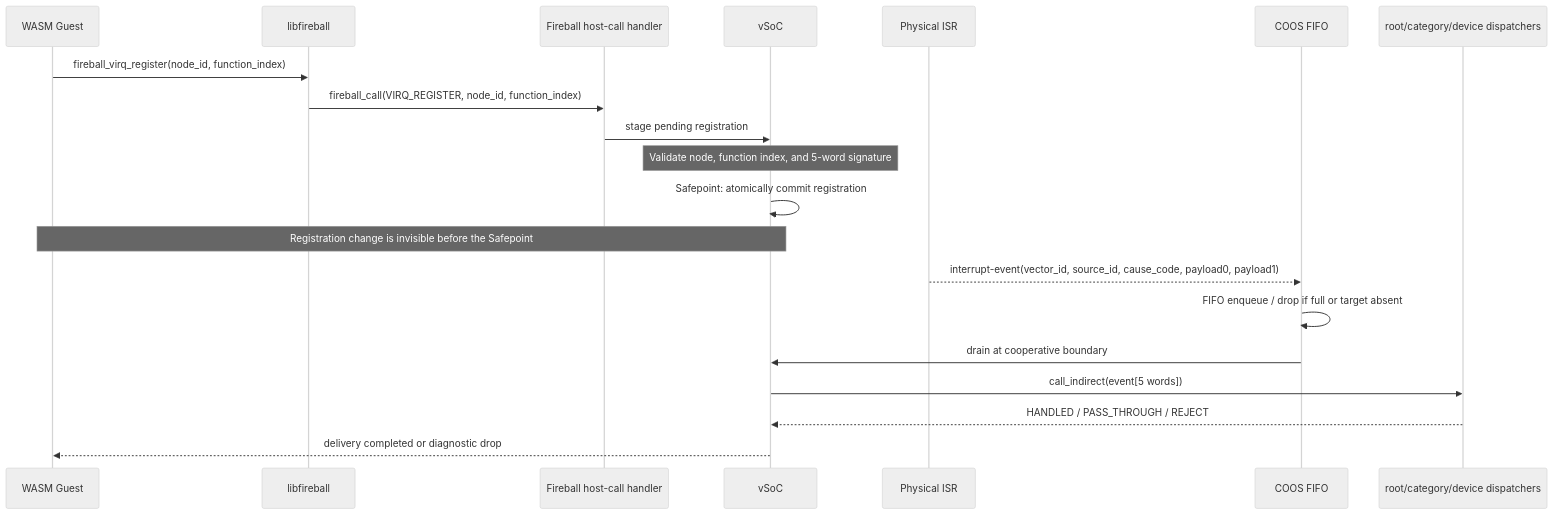
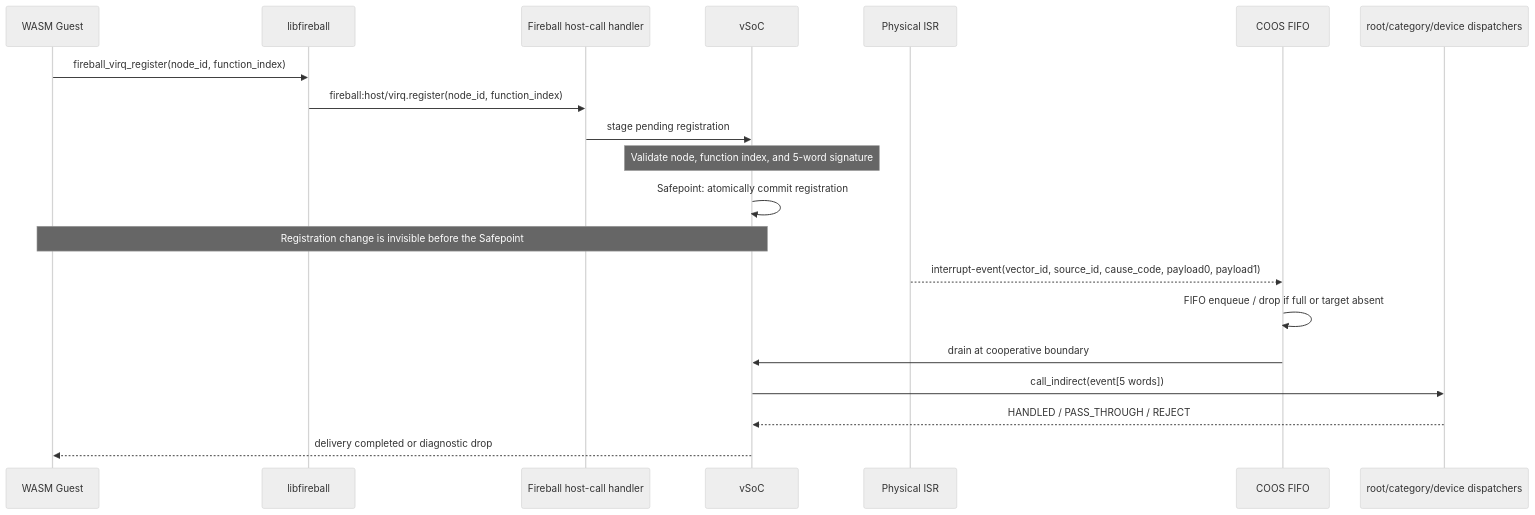
One commit to kmt-t/fireball changed the third of 3 diagrams in docs/components/tier3_platform/libfireball.md. Above: the diagram before and after it, drawn with Mermaid (neutral theme). The commit also changed other lines of this file and 16 other files, not shown here.

Commit message:
Separate vIRQ and vDMA into dedicated host-call imports

````diff
--- a/docs/components/tier3_platform/libfireball.md
+++ b/docs/components/tier3_platform/libfireball.md
@@ -116,23 +118,23 @@
 ```mermaid
 sequenceDiagram
     participant G as WASM Guest
     participant L as libfireball
     participant H as Fireball host-call handler
     participant S as vSoC
     participant I as Physical ISR
     participant C as COOS FIFO
     participant R as root/category/device dispatchers
 
     G->>L: fireball_virq_register(node_id, function_index)
-    L->>H: fireball_call(VIRQ_REGISTER, node_id, function_index)
+    L->>H: fireball:host/virq.register(node_id, function_index)
     H->>S: stage pending registration
     Note over S: Validate node, function index, and 5-word signature
     S->>S: Safepoint: atomically commit registration
     Note over G,S: Registration change is invisible before the Safepoint
     I-->>C: interrupt-event(vector_id, source_id, cause_code, payload0, payload1)
     C->>C: FIFO enqueue / drop if full or target absent
     C->>S: drain at cooperative boundary
     S->>R: call_indirect(event[5 words])
     R-->>S: HANDLED / PASS_THROUGH / REJECT
     S-->>G: delivery completed or diagnostic drop
 ```
````
